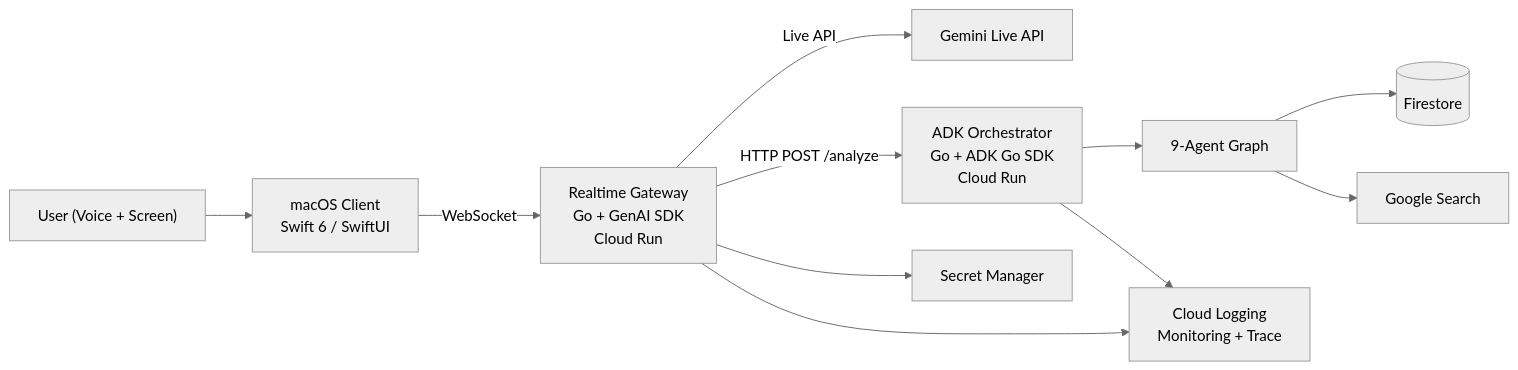
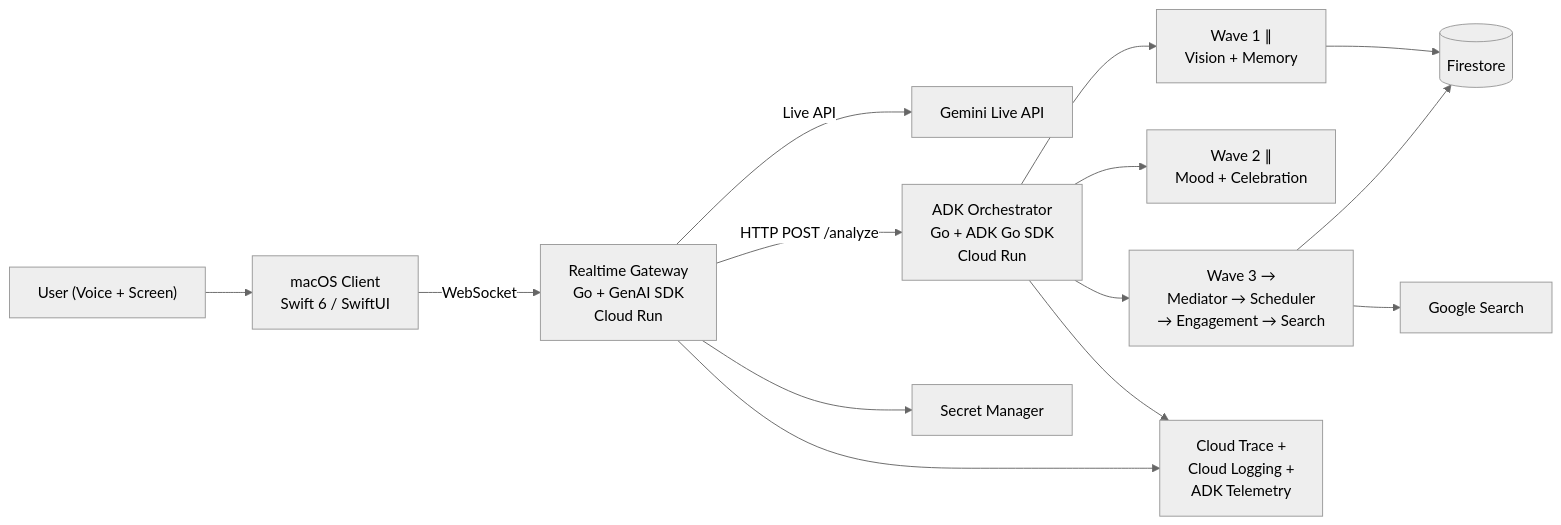
Before and after one commit to Two-Weeks-Team/vibeCat: the diagram in README.md, drawn with Mermaid (neutral theme). The commit also changed other lines of this file and 6 other files, not shown here.

````diff
--- a/README.md
+++ b/README.md
@@ -46,12 +46,14 @@
 ```mermaid
 flowchart LR
     U["User (Voice + Screen)"] --> C[macOS Client<br/>Swift 6 / SwiftUI]
     C -->|WebSocket| RG[Realtime Gateway<br/>Go + GenAI SDK<br/>Cloud Run]
     RG -->|Live API| GL[Gemini Live API]
     RG -->|HTTP POST /analyze| AO[ADK Orchestrator<br/>Go + ADK Go SDK<br/>Cloud Run]
-    AO --> AG["9-Agent Graph"]
-    AG --> FS[(Firestore)]
-    AG --> GS[Google Search]
+    AO --> W1["Wave 1 ∥<br/>Vision + Memory"]
+    AO --> W2["Wave 2 ∥<br/>Mood + Celebration"]
+    AO --> W3["Wave 3 →<br/>Mediator → Scheduler<br/>→ Engagement → Search"]
+    W1 & W3 --> FS[(Firestore)]
+    W3 --> GS[Google Search]
     RG --> SM[Secret Manager]
-    RG & AO --> OBS[Cloud Logging<br/>Monitoring + Trace]
+    RG & AO --> OBS[Cloud Trace +<br/>Cloud Logging +<br/>ADK Telemetry]
 ```
````
